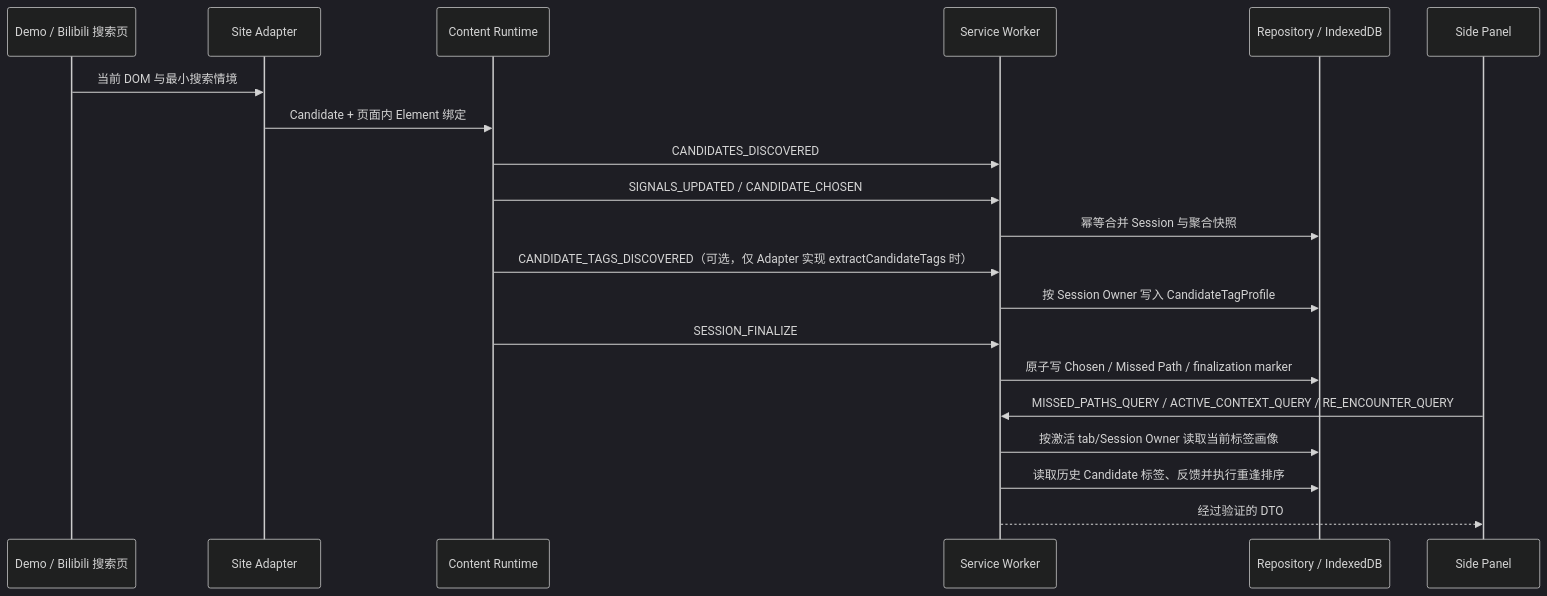
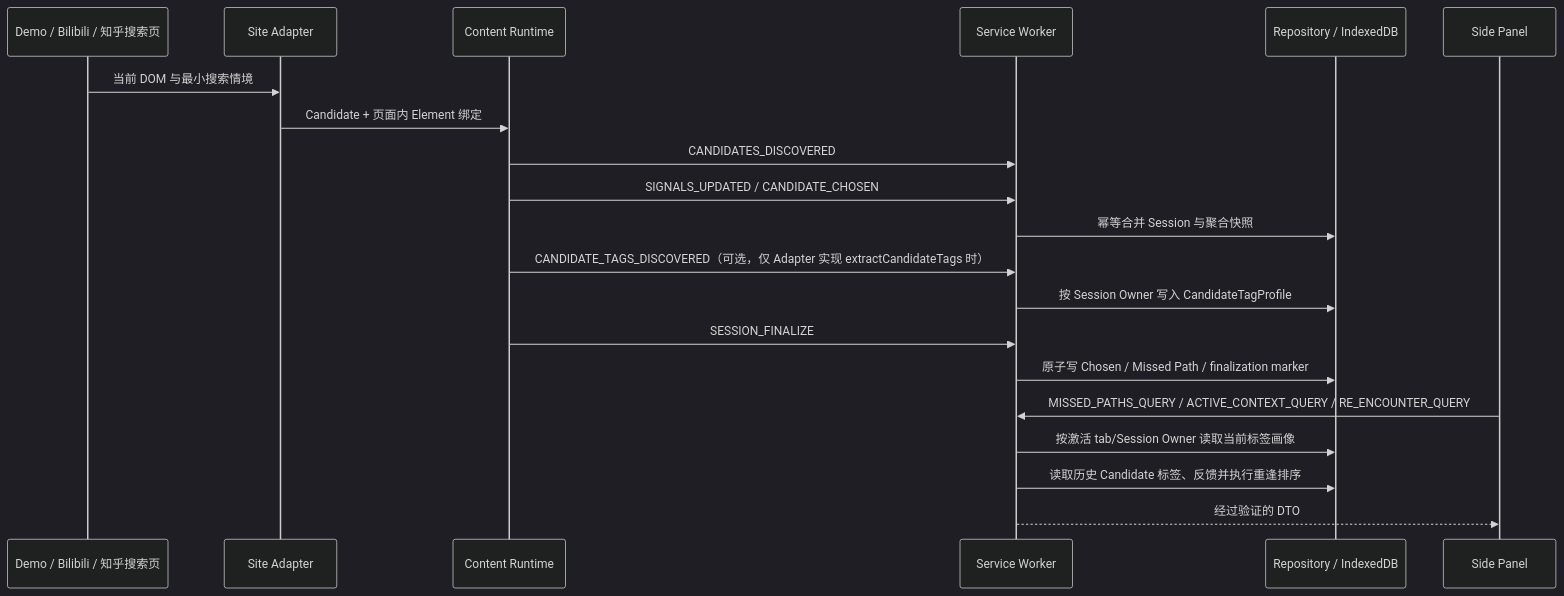
One commit to callmedog123/Dut_hksS2 changed the diagram in docs/architecture.md. Above: the diagram before and after it, drawn with Mermaid (dark theme). The commit also changed other lines of this file and 31 other files, not shown here.

````diff
--- a/docs/architecture.md
+++ b/docs/architecture.md
@@ -7,23 +7,23 @@
 ```mermaid
 sequenceDiagram
-  participant Page as Demo / Bilibili 搜索页
+  participant Page as Demo / Bilibili / 知乎搜索页
   participant Adapter as Site Adapter
   participant Runtime as Content Runtime
   participant Worker as Service Worker
   participant Repo as Repository / IndexedDB
   participant Panel as Side Panel
 
   Page->>Adapter: 当前 DOM 与最小搜索情境
   Adapter->>Runtime: Candidate + 页面内 Element 绑定
   Runtime->>Worker: CANDIDATES_DISCOVERED
   Runtime->>Worker: SIGNALS_UPDATED / CANDIDATE_CHOSEN
   Worker->>Repo: 幂等合并 Session 与聚合快照
   Runtime->>Worker: CANDIDATE_TAGS_DISCOVERED（可选，仅 Adapter 实现 extractCandidateTags 时）
   Worker->>Repo: 按 Session Owner 写入 CandidateTagProfile
   Runtime->>Worker: SESSION_FINALIZE
   Worker->>Repo: 原子写 Chosen / Missed Path / finalization marker
   Panel->>Worker: MISSED_PATHS_QUERY / ACTIVE_CONTEXT_QUERY / RE_ENCOUNTER_QUERY
   Worker->>Repo: 按激活 tab/Session Owner 读取当前标签画像
   Worker->>Repo: 读取历史 Candidate 标签、反馈并执行重逢排序
   Worker-->>Panel: 经过验证的 DTO
 ```
````
